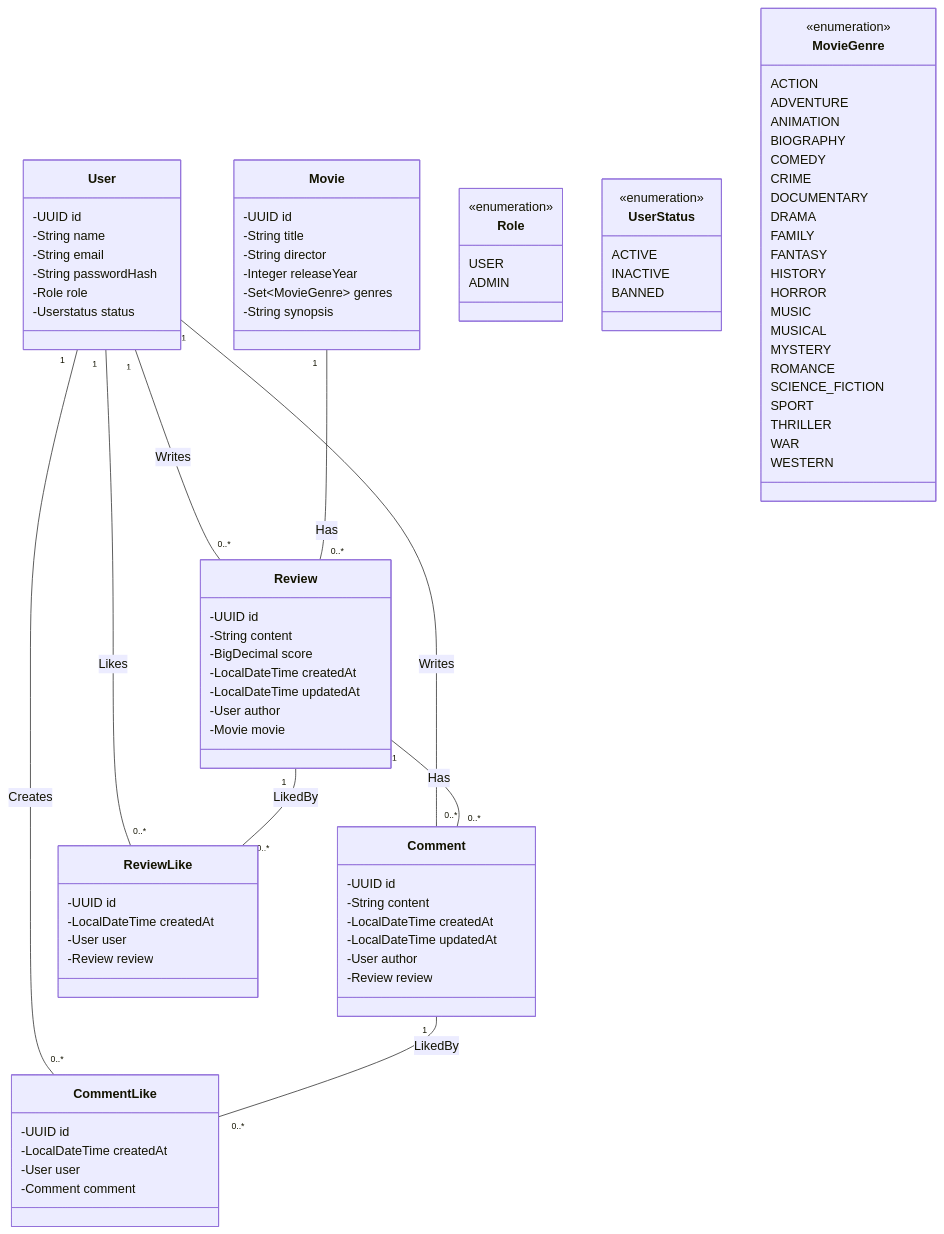
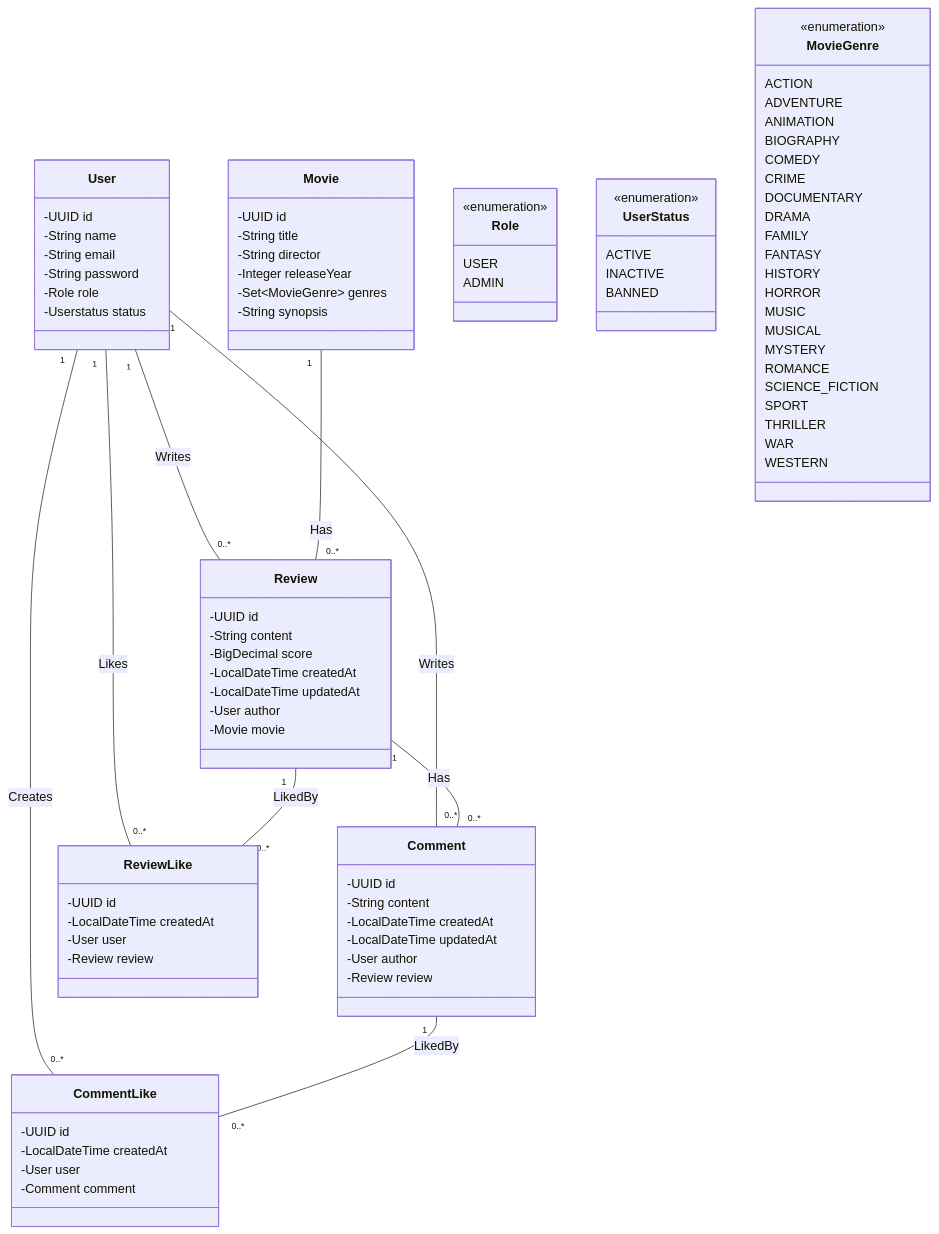
The diagram in README.md (Kelvin-de-Oliveira/filme-note), drawn with Mermaid before and after one commit.

Commit message:
refactor: update readme

```diff
--- a/README.md
+++ b/README.md
@@ -27,7 +27,7 @@
         -UUID id
         -String name
         -String email
-        -String passwordHash
+        -String password
         -Role role
         -Userstatus status
     }
```
